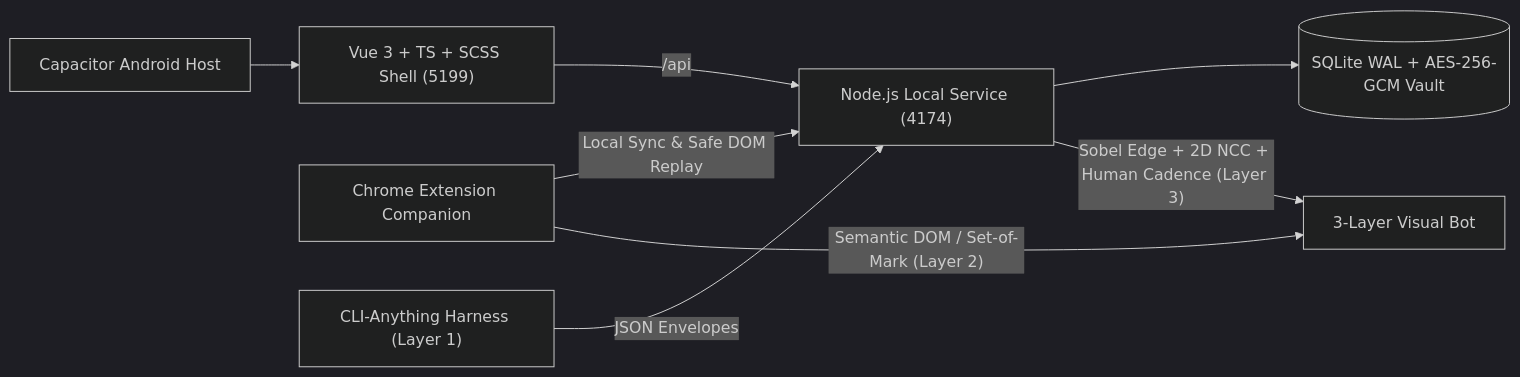
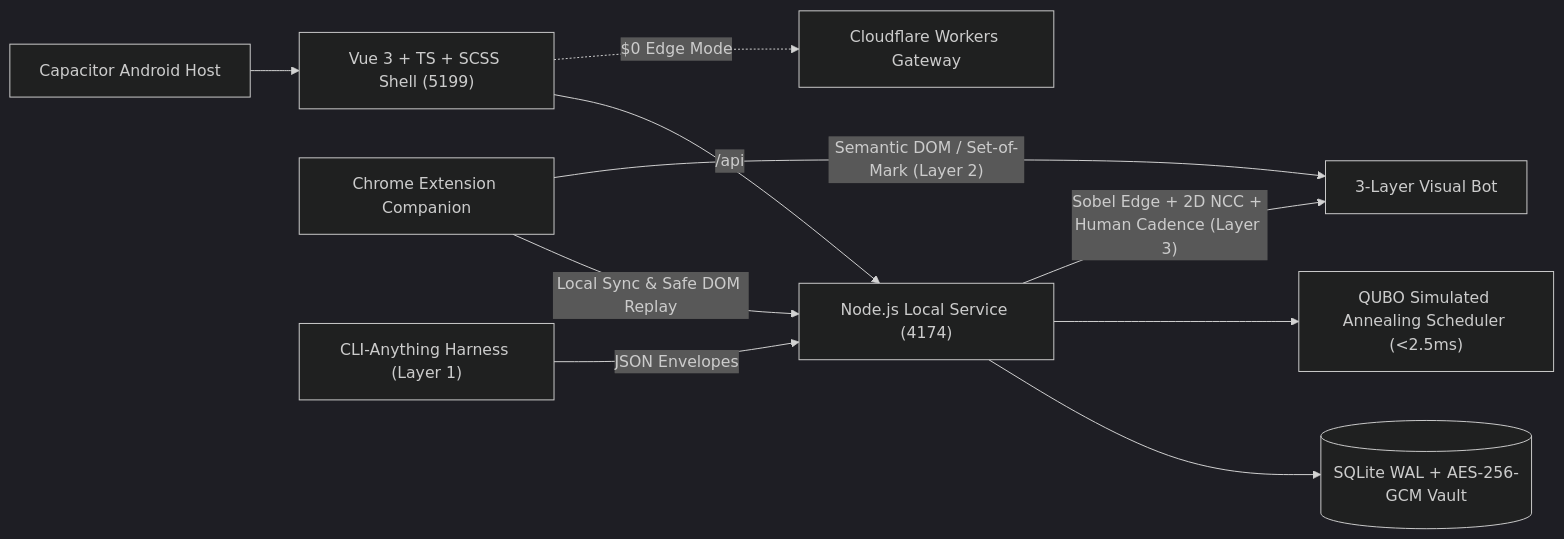
Before and after one commit to dr-week/SOCIALKILLER: the diagram in README.md, drawn with Mermaid (dark theme). The commit also changed other lines of this file and 161 other files, not shown here.

Commit message:
feat: modular <150 LOC refactor, Visual Bot v2 cascade, Smart Unfollow, QUBO scheduler, Leads CRM, PWA & GitHub Pages CI

````diff
--- a/README.md
+++ b/README.md
@@ -75,10 +76,12 @@
 ```mermaid
 flowchart LR
   UI["Vue 3 + TS + SCSS Shell (5199)"] -->|"/api"| API["Node.js Local Service (4174)"]
+  UI -.->|"$0 Edge Mode"| CF["Cloudflare Workers Gateway"]
   API --> DB[("SQLite WAL + AES-256-GCM Vault")]
+  API --> QUBO["QUBO Simulated Annealing Scheduler (<2.5ms)"]
   EXT["Chrome Extension Companion"] -->|"Local Sync & Safe DOM Replay"| API
   AND["Capacitor Android Host"] --> UI
   CLI["CLI-Anything Harness (Layer 1)"] -->|"JSON Envelopes"| API
   EXT -->|"Semantic DOM / Set-of-Mark (Layer 2)"| VB["3-Layer Visual Bot"]
   API -->|"Sobel Edge + 2D NCC + Human Cadence (Layer 3)"| VB
 ```
````
